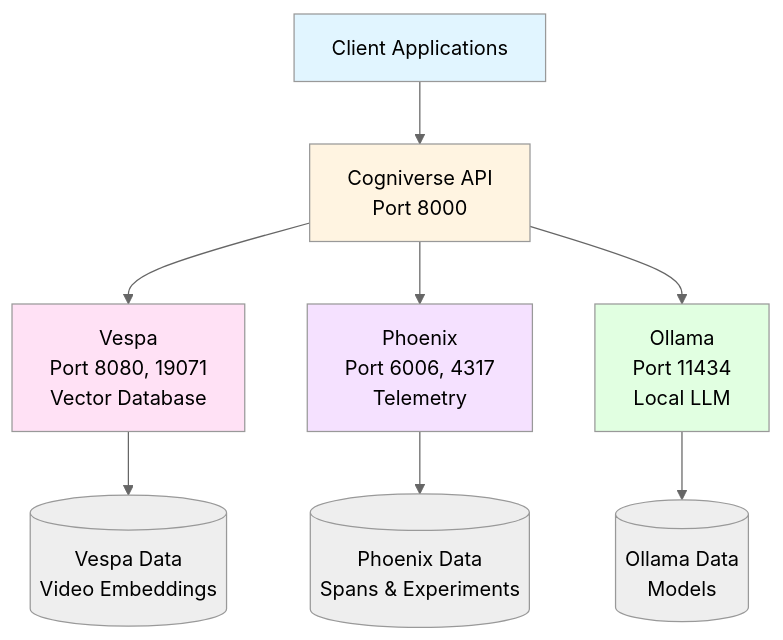
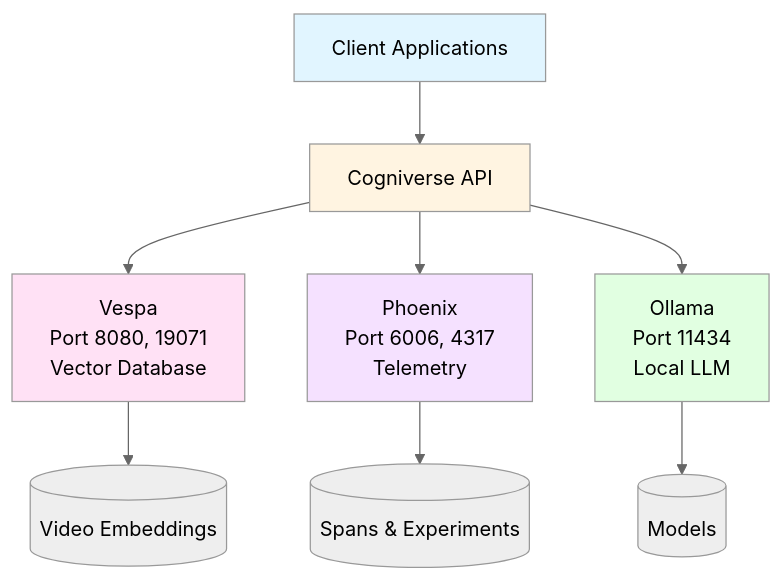
Before and after one commit to amit-jain/cogniverse: the diagram in docs/operations/deployment.md, drawn with Mermaid (neutral theme). The commit also changed other lines of this file and 1 other file, not shown here.

````diff
--- a/docs/operations/deployment.md
+++ b/docs/operations/deployment.md
@@ -29,20 +24,20 @@
 ```mermaid
 graph TB
     Client[Client Applications]
 
-    Client --> API[Cogniverse API<br/>Port 8000]
+    Client --> API[Cogniverse API]
 
     API --> Vespa[Vespa<br/>Port 8080, 19071<br/>Vector Database]
     API --> Phoenix[Phoenix<br/>Port 6006, 4317<br/>Telemetry]
     API --> Ollama[Ollama<br/>Port 11434<br/>Local LLM]
 
-    Vespa --> VespaData[(Vespa Data<br/>Video Embeddings)]
-    Phoenix --> PhoenixData[(Phoenix Data<br/>Spans & Experiments)]
-    Ollama --> OllamaData[(Ollama Data<br/>Models)]
+    Vespa --> VespaData[(Video Embeddings)]
+    Phoenix --> PhoenixData[(Spans & Experiments)]
+    Ollama --> OllamaData[(Models)]
 
     style Client fill:#e1f5ff
     style API fill:#fff4e1
     style Vespa fill:#ffe1f5
     style Phoenix fill:#f5e1ff
     style Ollama fill:#e1ffe1
 ```
````
